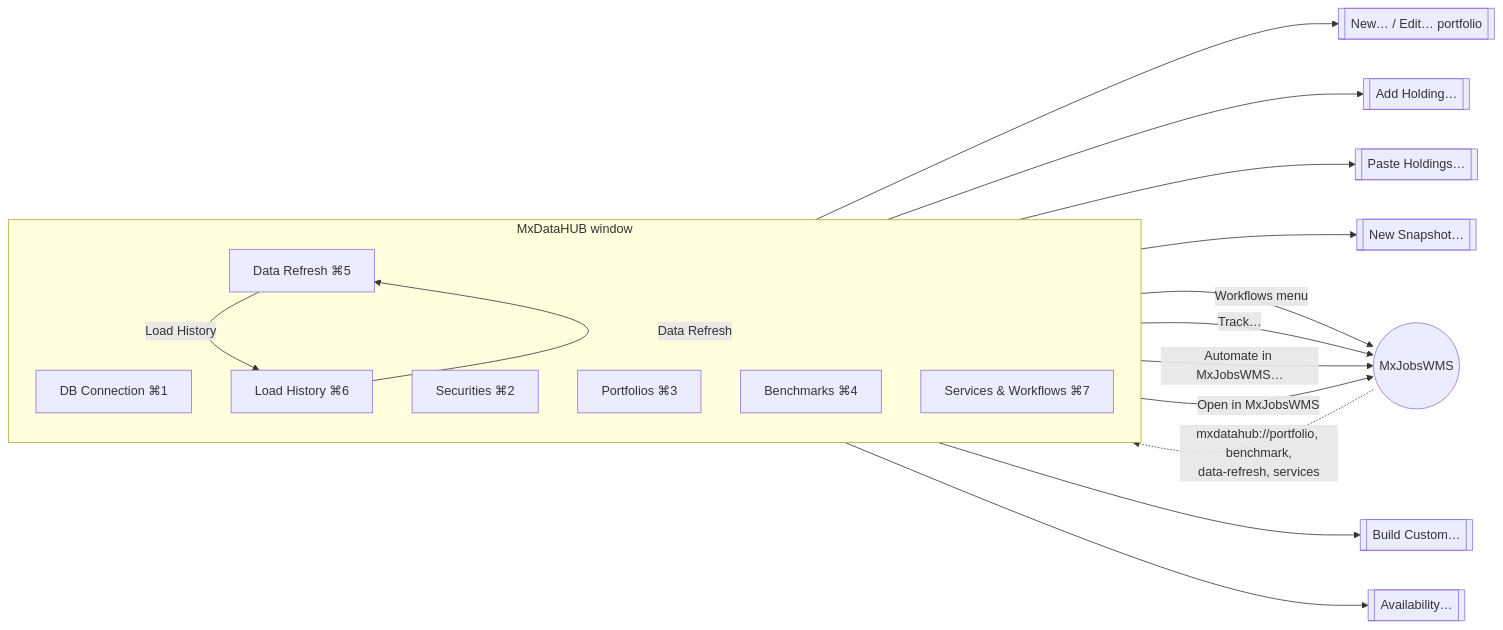
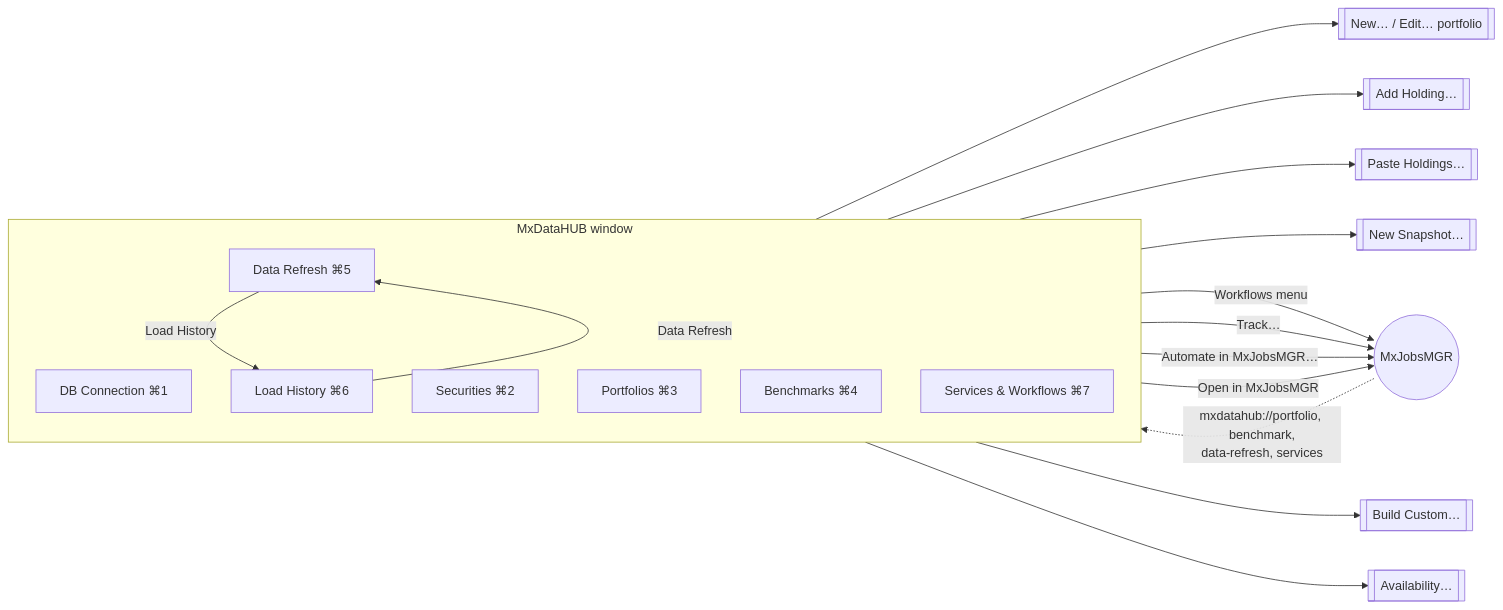
The diagram in MxAppsIDE/MxDataHUB/c4/ui-screen-catalog.md (k3jdr/Public), drawn with Mermaid before and after one commit. The commit also changed other lines of this file and 425 other files, not shown here.

First line of the commit message:
MxAppsIDE: sync MxAppsIOS 5a70603 — MxJobsWMS is MxJobsMGR, MxPortMGR is MxAcctMGR

````diff
--- a/MxAppsIDE/MxDataHUB/c4/ui-screen-catalog.md
+++ b/MxAppsIDE/MxDataHUB/c4/ui-screen-catalog.md
@@ -8,26 +8,26 @@
 ```mermaid
 flowchart LR
     subgraph window[MxDataHUB window]
         direction TB
         conn[DB Connection ⌘1]
         sec[Securities ⌘2]
         port[Portfolios ⌘3]
         bench[Benchmarks ⌘4]
         refresh[Data Refresh ⌘5]
         loads[Load History ⌘6]
         svc[Services & Workflows ⌘7]
     end
     port --> pdlg[[New… / Edit… portfolio]]
     port --> addh[[Add Holding…]]
     port --> paste[[Paste Holdings…]]
     port --> snap[[New Snapshot…]]
-    port -- Workflows menu --> wms((MxJobsWMS))
+    port -- Workflows menu --> wms((MxJobsMGR))
     bench --> build[[Build Custom…]]
     bench --> avail[[Availability…]]
     bench -- Track… --> wms
-    refresh -- Automate in MxJobsWMS… --> wms
+    refresh -- Automate in MxJobsMGR… --> wms
     refresh -- Load History --> loads
     loads -- Data Refresh --> refresh
-    svc -- Open in MxJobsWMS --> wms
+    svc -- Open in MxJobsMGR --> wms
     wms -. "mxdatahub://portfolio, benchmark,<br/>data-refresh, services" .-> window
 ```
````
